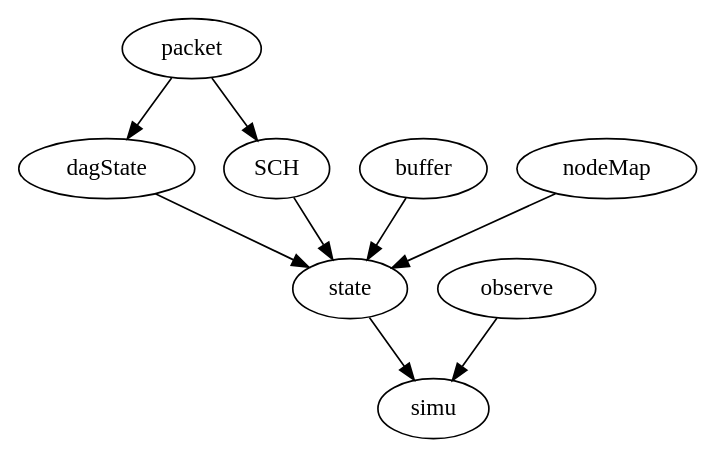
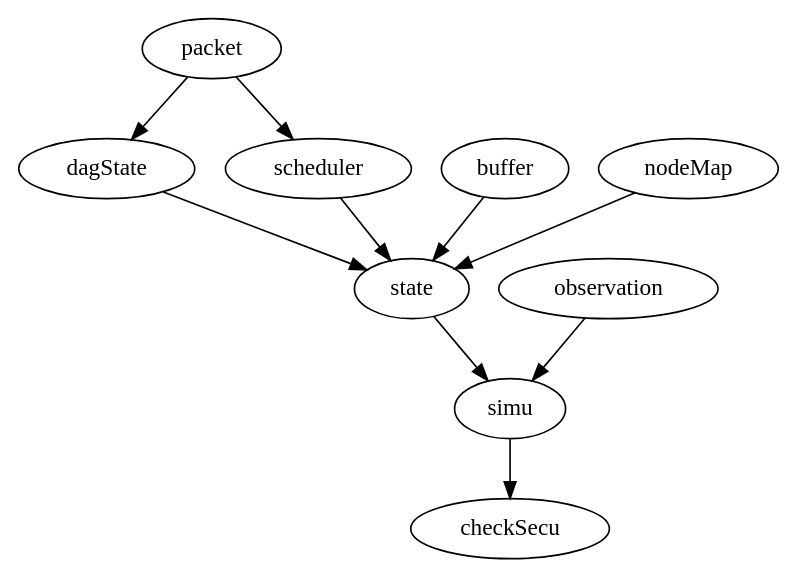
Before and after one commit to CSAIL-Arch-Sec/DAGguise-verification: the diagram in doc/fileHierarchy.gv, drawn with Graphviz. The commit also changed 6 other files, not shown here.

```diff
--- a/doc/fileHierarchy.gv
+++ b/doc/fileHierarchy.gv
@@ -1,12 +1,14 @@
 digraph G {
   "packet" -> "dagState";
-  "packet" -> "SCH";
+  "packet" -> "scheduler";
 
   "dagState" -> "state";
   "buffer" -> "state";
   "nodeMap" -> "state";
-  "SCH" -> "state";
+  "scheduler" -> "state";
 
   "state" -> "simu";
-  "observe" -> "simu";
+  "observation" -> "simu";
+
+  "simu" -> "checkSecu";
 }
```
